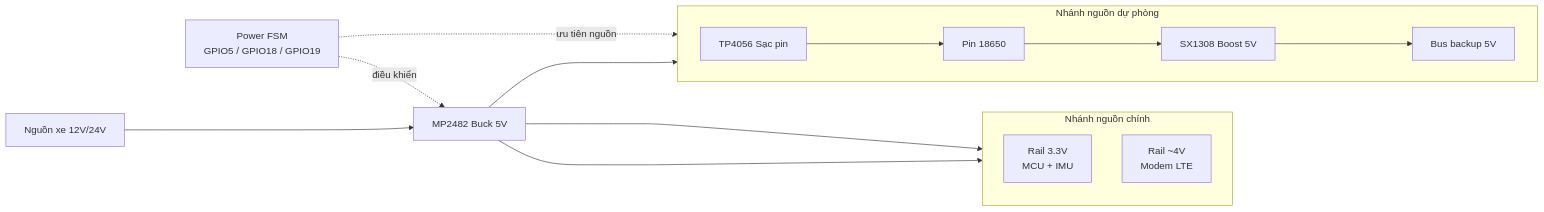
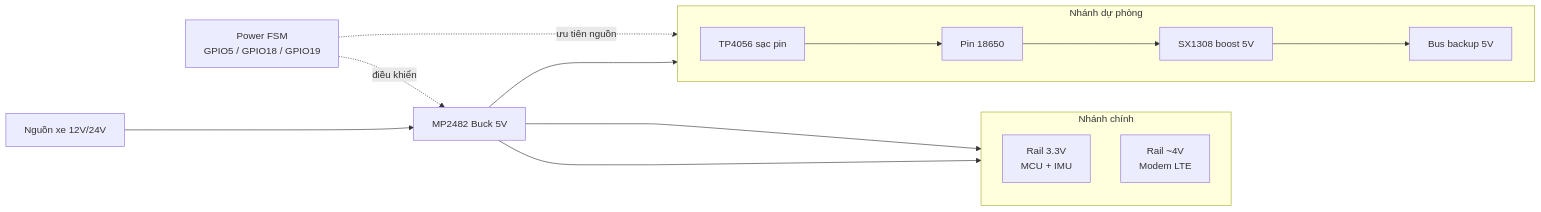
The diagram in resources/reports/thesis/final/assets/uml/03-chuong-3-giai-phap-phan-cung-hinh-3-4.mmd (anmh1205/IoT_Vehicle_Tracking_System), drawn with Mermaid before and after one commit. The commit also changed 209 other files, not shown here.

```diff
--- a/resources/reports/thesis/final/assets/uml/03-chuong-3-giai-phap-phan-cung-hinh-3-4.mmd
+++ b/resources/reports/thesis/final/assets/uml/03-chuong-3-giai-phap-phan-cung-hinh-3-4.mmd
@@ -1,30 +1,30 @@
 flowchart LR
     Vin["Nguồn xe 12V/24V"]
     Buck["MP2482 Buck 5V"]
 
-    subgraph MainRail["Nhánh nguồn chính"]
+    subgraph MainRail["Nhánh chính"]
         direction TB
         Rail33["Rail 3.3V\nMCU + IMU"]
         Rail4["Rail ~4V\nModem LTE"]
     end
 
-    subgraph BackupRail["Nhánh nguồn dự phòng"]
+    subgraph BackupRail["Nhánh dự phòng"]
         direction LR
-        Charge["TP4056 Sạc pin"]
+        Charge["TP4056 sạc pin"]
         Cell["Pin 18650"]
-        Boost["SX1308 Boost 5V"]
+        Boost["SX1308 boost 5V"]
         BackupBus["Bus backup 5V"]
     end
 
     Fsm["Power FSM\nGPIO5 / GPIO18 / GPIO19"]
 
     Vin ----> Buck
     Buck ----> Rail33
     Buck ----> Rail4
     Buck ----> Charge
     Charge ----> Cell
     Cell ----> Boost
     Boost ----> BackupBus
 
     Fsm -.->|điều khiển| Buck
     Fsm -.->|ưu tiên nguồn| BackupBus
```
